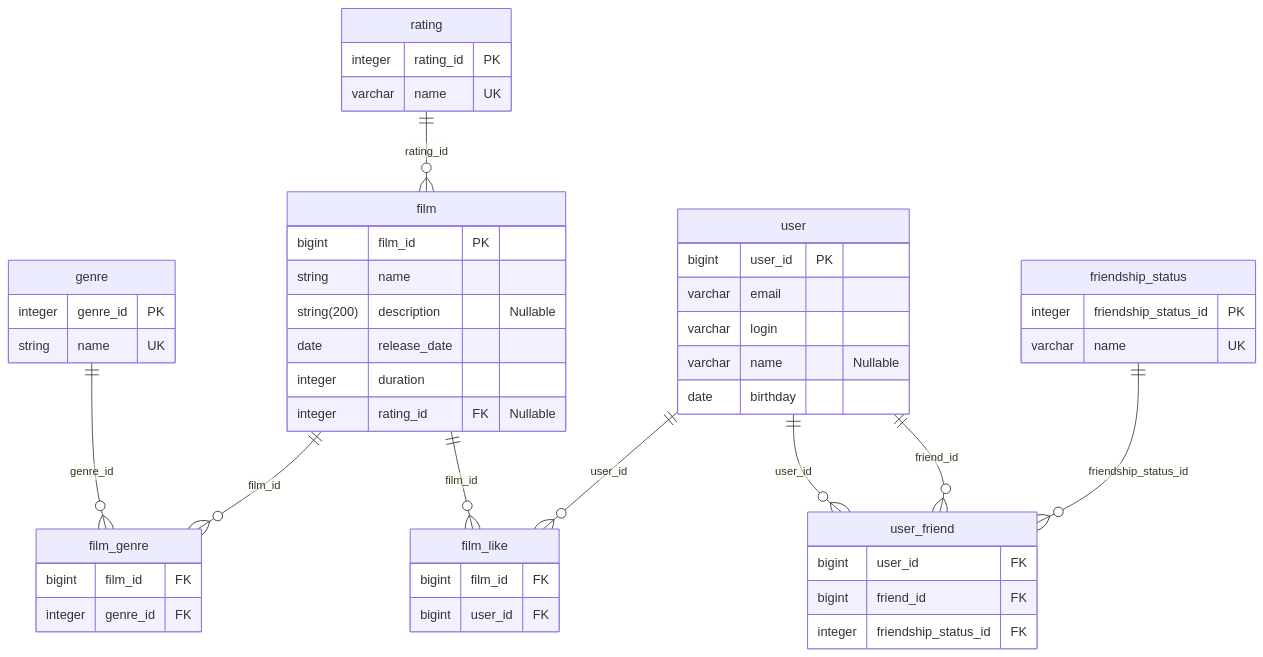
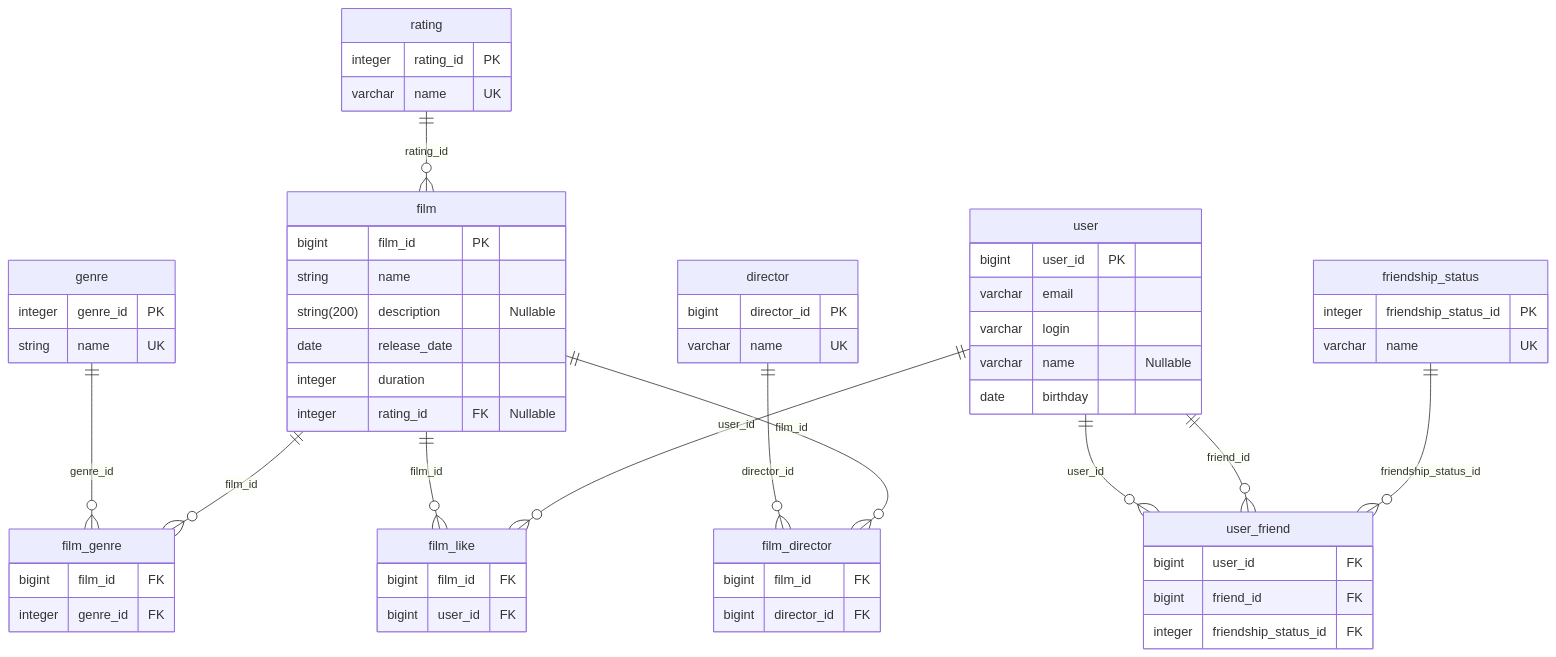
Before and after one commit to MariaFantasy/java-filmorate: the diagram in README.md, drawn with Mermaid. The commit also changed 1 other file, not shown here.

Commit message:
Доработка базы данных - Корректировка схемы базы данных

````diff
--- a/README.md
+++ b/README.md
@@ -10,61 +10,73 @@
 ```mermaid
 erDiagram
     genre {
         integer genre_id PK
         string name UK
     }
 
     film_genre {
         bigint film_id FK
         integer genre_id FK
     }
 
     film {
         bigint film_id PK
         string name
         string(200) description "Nullable"
         date release_date
         integer duration
         integer rating_id FK "Nullable"
     }
 
     rating {
         integer rating_id PK
         varchar name UK 
     }
 
     film_like {
         bigint film_id FK
         bigint user_id FK
     }
 
     user {
         bigint user_id PK
         varchar email
         varchar login
         varchar name "Nullable"
         date birthday
     }
 
     user_friend {
         bigint user_id FK
         bigint friend_id FK
         integer friendship_status_id FK
     }
 
     friendship_status {
         integer friendship_status_id PK
         varchar name UK
     }
+    
+    director {
+        bigint director_id PK
+        varchar name UK
+    }
+    
+    film_director {
+        bigint film_id FK
+        bigint director_id FK
+    }
 
 
     genre ||--o{ film_genre : genre_id
     film ||--o{ film_genre : film_id
     rating ||--o{ film : rating_id
     film ||--o{ film_like : film_id
     user ||--o{ film_like : user_id
     user ||--o{ user_friend : user_id
     user ||--o{ user_friend : friend_id
     friendship_status ||--o{ user_friend : friendship_status_id
+    director ||--o{ film_director : director_id
+    film ||--o{ film_director : film_id
 
 ```
````
